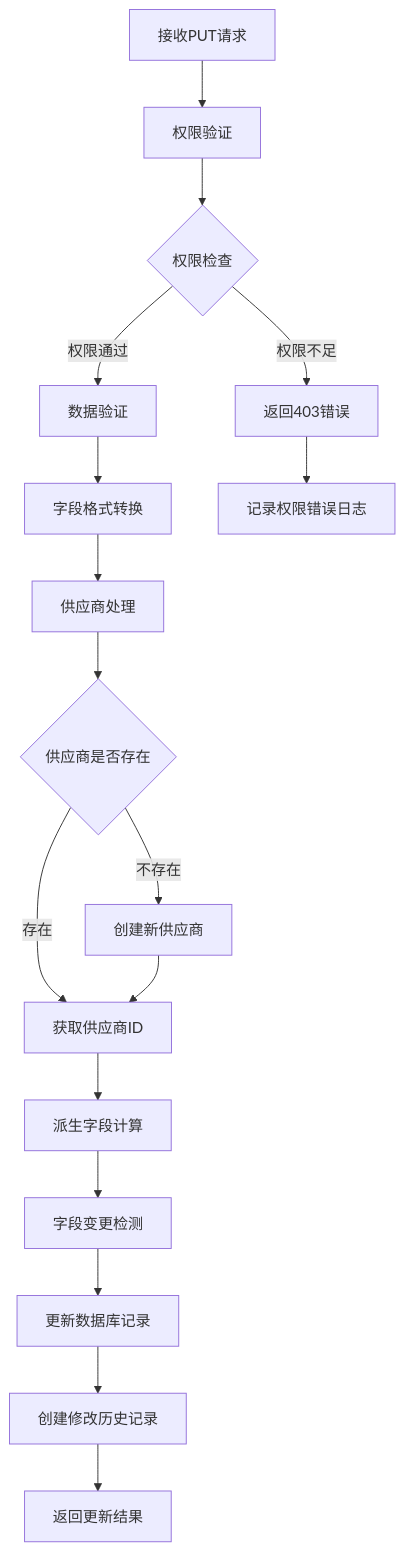
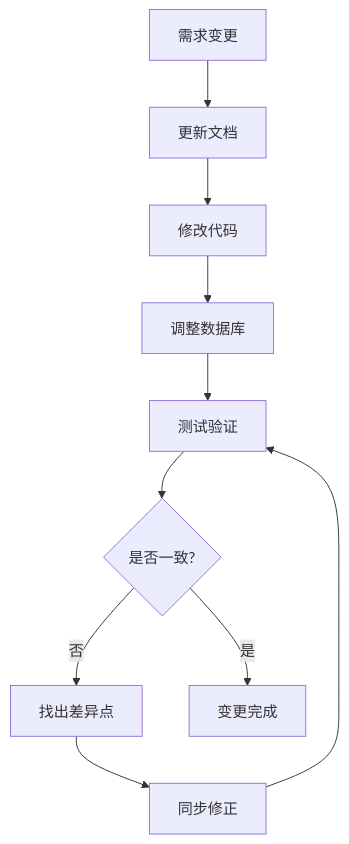
Before and after one commit to zhuoweishun/shuijing-erp: the ninth of 14 diagrams in .trae/documents/05-业务流程详细规范文档.md, drawn with Mermaid. The commit also changed other lines of this file and 118 other files, not shown here.

````diff
--- a/.trae/documents/05-业务流程详细规范文档.md
+++ b/.trae/documents/05-业务流程详细规范文档.md
@@ -669,19 +368,12 @@
 ```mermaid
 flowchart TD
-    A[接收PUT请求] --> B[权限验证]
-    B --> C{权限检查}
-    C -->|权限不足| D[返回403错误]
-    C -->|权限通过| E[数据验证]
-    E --> F[字段格式转换]
-    F --> G[供应商处理]
-    G --> H{供应商是否存在}
-    H -->|不存在| I[创建新供应商]
-    H -->|存在| J[获取供应商ID]
-    I --> J
-    J --> K[派生字段计算]
-    K --> L[字段变更检测]
-    L --> M[更新数据库记录]
-    M --> N[创建修改历史记录]
-    N --> O[返回更新结果]
-    D --> P[记录权限错误日志]
+    A[需求变更] --> B[更新文档]
+    B --> C[修改代码]
+    C --> D[调整数据库]
+    D --> E[测试验证]
+    E --> F{是否一致?}
+    F -->|否| G[找出差异点]
+    G --> H[同步修正]
+    H --> E
+    F -->|是| I[变更完成]
 ```
````
